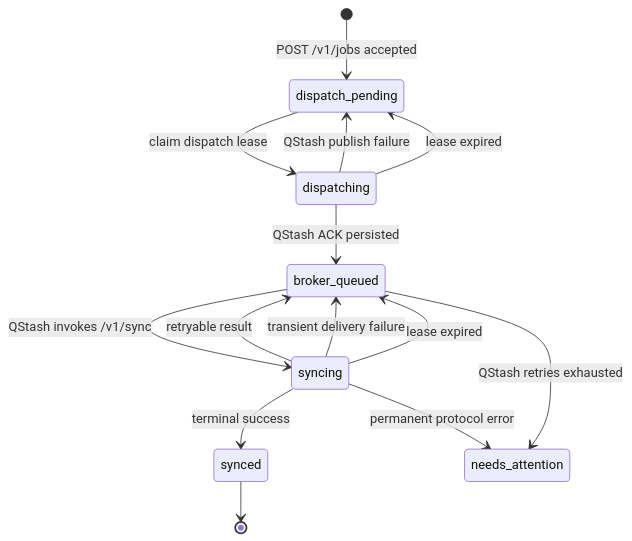
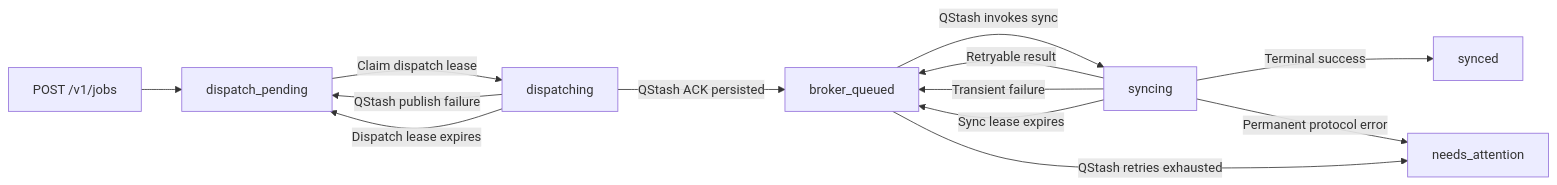
Diagram 13 of 32 in README.md (gitgotcha/my-chatgpt-mcp), drawn with Mermaid before and after one commit. The commit also changed other lines of this file, not shown here.

````diff
--- a/README.md
+++ b/README.md
@@ -1344,29 +1417,29 @@
 ```mermaid
-stateDiagram-v2
+flowchart LR
 
-    [*] --> dispatch_pending: POST /v1/jobs accepted
+    NEW["POST /v1/jobs"]
+    DP["dispatch_pending"]
+    DG["dispatching"]
+    BQ["broker_queued"]
+    SY["syncing"]
+    DONE["synced"]
+    ATT["needs_attention"]
 
-    dispatch_pending --> dispatching: claim dispatch lease
+    NEW --> DP
 
-    dispatching --> broker_queued: QStash ACK persisted
+    DP -->|"Claim dispatch lease"| DG
 
-    dispatching --> dispatch_pending: QStash publish failure
+    DG -->|"QStash ACK persisted"| BQ
+    DG -->|"QStash publish failure"| DP
+    DG -->|"Dispatch lease expires"| DP
 
-    dispatching --> dispatch_pending: lease expired
+    BQ -->|"QStash invokes sync"| SY
 
-    broker_queued --> syncing: QStash invokes /v1/sync
+    SY -->|"Terminal success"| DONE
+    SY -->|"Retryable result"| BQ
+    SY -->|"Transient failure"| BQ
+    SY -->|"Sync lease expires"| BQ
 
-    syncing --> synced: terminal success
-
-    syncing --> broker_queued: retryable result
-
-    syncing --> broker_queued: transient delivery failure
-
-    syncing --> broker_queued: lease expired
-
-    syncing --> needs_attention: permanent protocol error
-
-    broker_queued --> needs_attention: QStash retries exhausted
-
-    synced --> [*]
+    SY -->|"Permanent protocol error"| ATT
+    BQ -->|"QStash retries exhausted"| ATT
 ```
````
